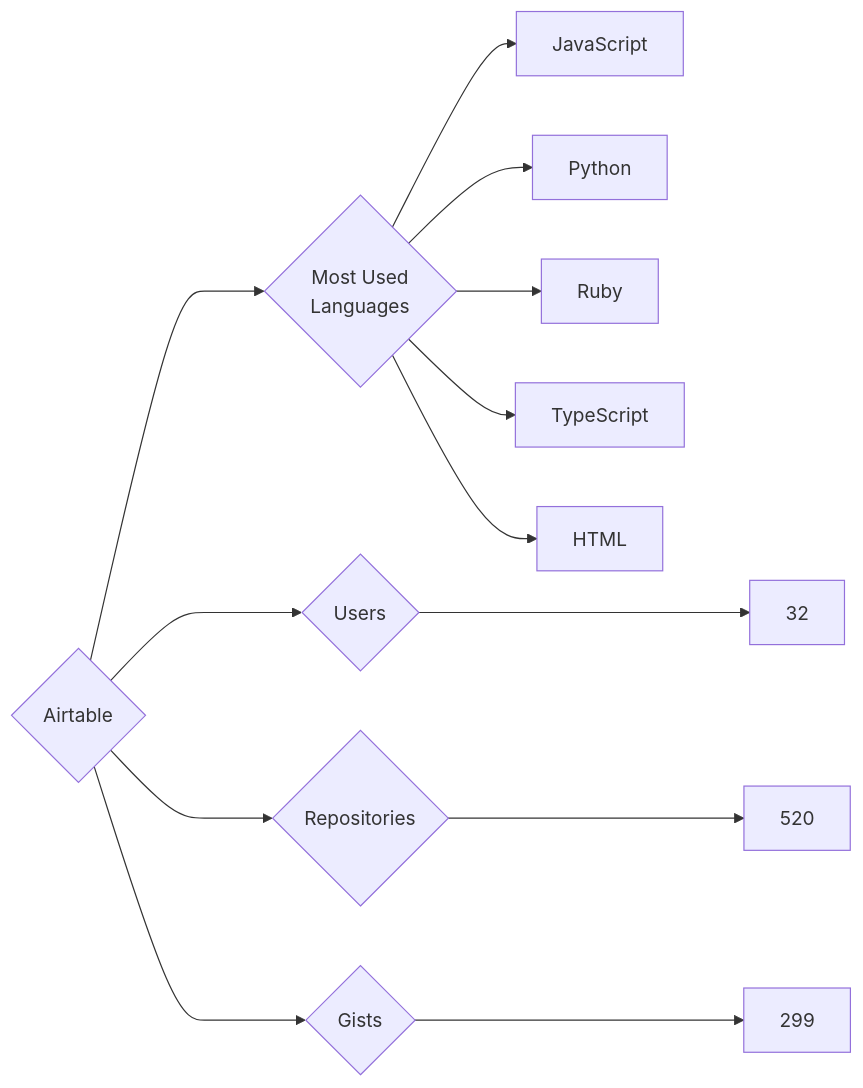
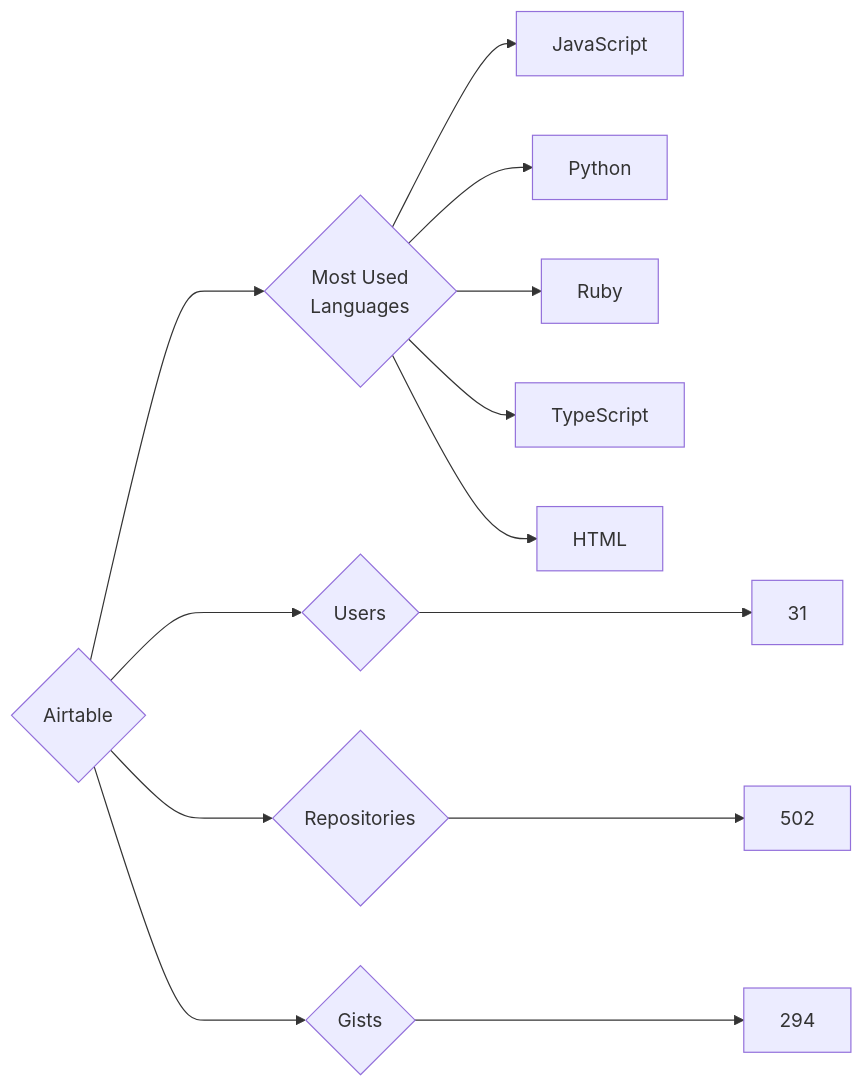
One commit to trickest/insiders changed the diagram in targets/Airtable/README.md. Above: the diagram before and after it, drawn with Mermaid. The commit also changed 930 other files, not shown here.

````diff
--- a/targets/Airtable/README.md
+++ b/targets/Airtable/README.md
@@ -3,13 +3,13 @@
 ```mermaid
 graph LR
 COMPANY_NAME{Airtable}
-COMPANY_NAME ---> U{Users} ---> UN[32]
-COMPANY_NAME ---> R{Repositories} ---> RN[520]
-COMPANY_NAME ---> G{Gists} ---> GN[299]
+COMPANY_NAME ---> U{Users} ---> UN[31]
+COMPANY_NAME ---> R{Repositories} ---> RN[502]
+COMPANY_NAME ---> G{Gists} ---> GN[294]
 COMPANY_NAME ---> ML{Most Used<br>Languages}
 ML --> JavaScript[JavaScript]
 ML --> Python[Python]
 ML --> Ruby[Ruby]
 ML --> TypeScript[TypeScript]
 ML --> HTML[HTML]
 ```
````
